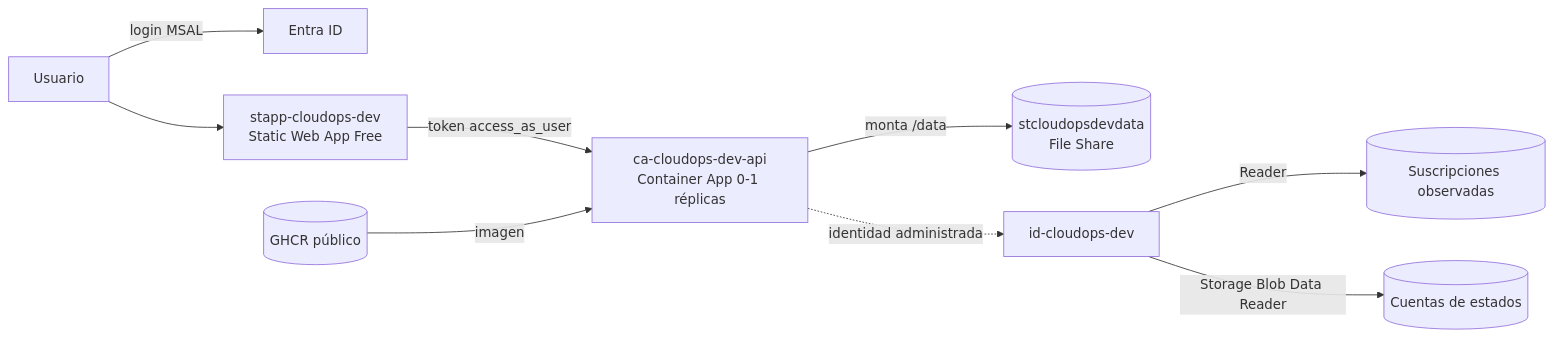
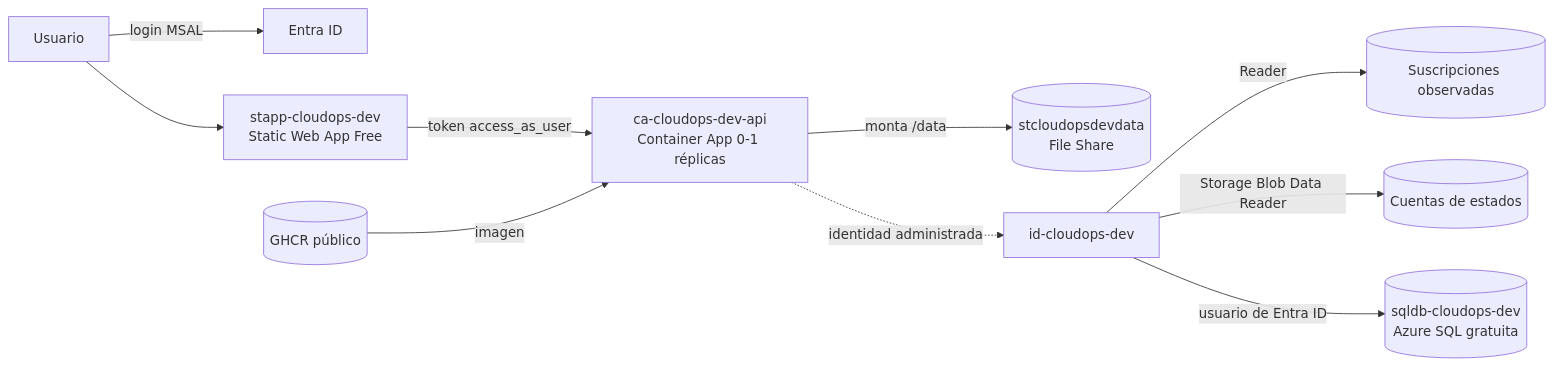
Before and after one commit to miguelortiz13/cloudops-copilot: the diagram in docs/deployment.md, drawn with Mermaid. The commit also changed other lines of this file and 25 other files, not shown here.

Commit message:
Fase 1: Azure SQL gratuita, modelo canónico y migraciones

````diff
--- a/docs/deployment.md
+++ b/docs/deployment.md
@@ -24,11 +28,12 @@
 ```mermaid
 flowchart LR
     U[Usuario] -->|login MSAL| ENTRA[Entra ID]
     U --> SWA[stapp-cloudops-dev<br/>Static Web App Free]
     SWA -->|token access_as_user| CA[ca-cloudops-dev-api<br/>Container App 0-1 réplicas]
     CA -->|monta /data| FS[(stcloudopsdevdata<br/>File Share)]
     CA -. identidad administrada .-> ID[id-cloudops-dev]
     ID -->|Reader| SUBS[(Suscripciones observadas)]
     ID -->|Storage Blob Data Reader| TFS[(Cuentas de estados)]
     GHCR[(GHCR público)] -->|imagen| CA
+    ID -->|usuario de Entra ID| SQL[(sqldb-cloudops-dev<br/>Azure SQL gratuita)]
 ```
````
